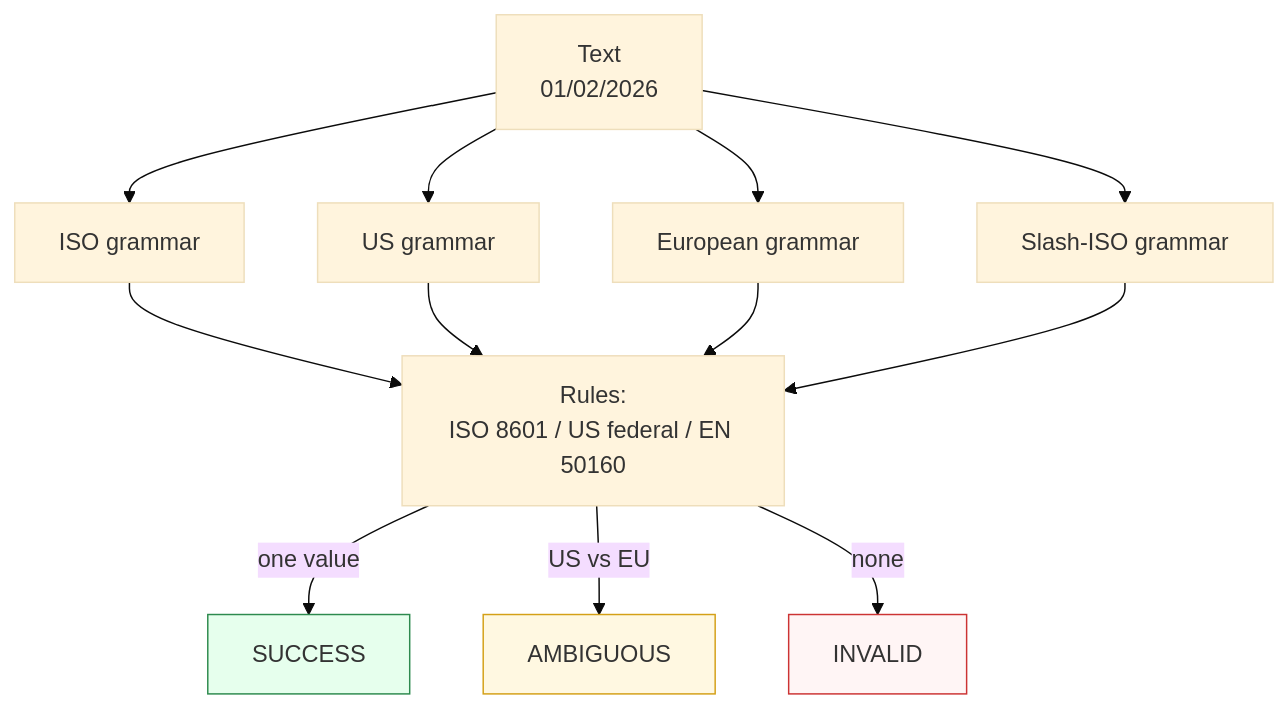
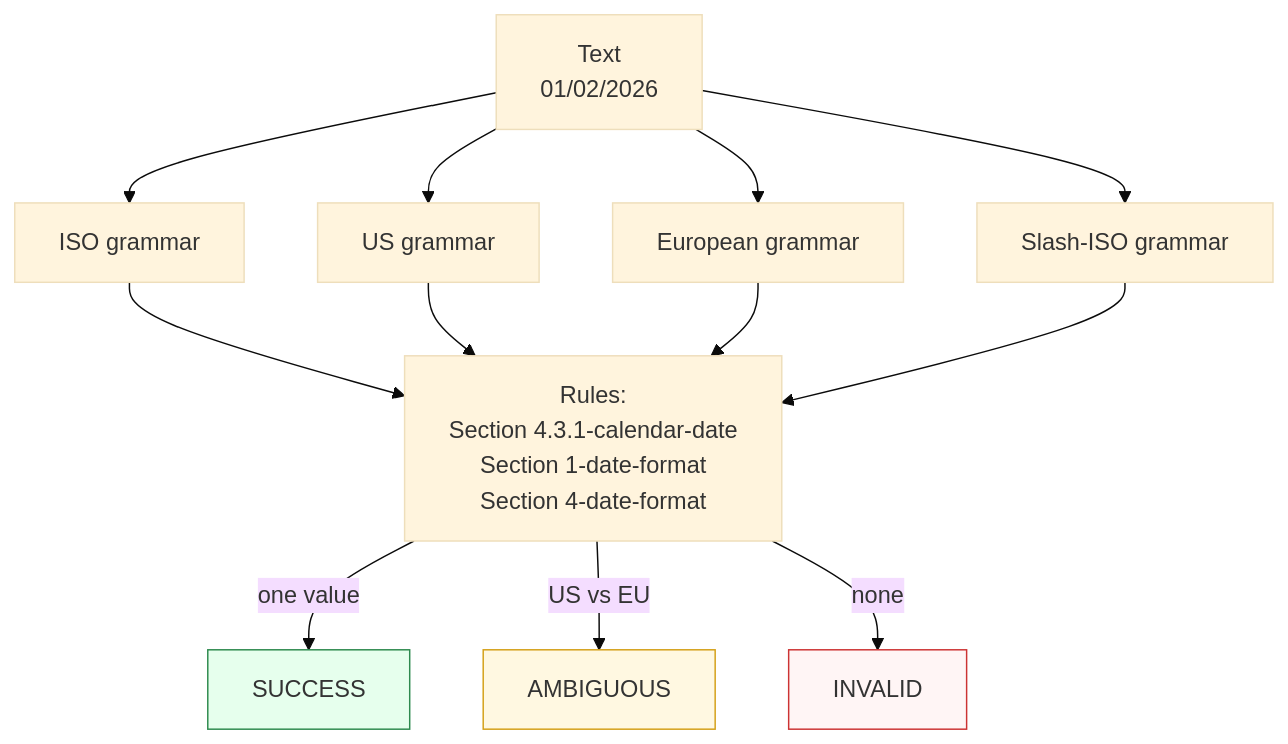
The diagram in docs/user/capabilities/date.md (azaharizaman/paxman-python), drawn with Mermaid (base theme) before and after one commit. The commit also changed other lines of this file and 11 other files, not shown here.

````diff
--- a/docs/user/capabilities/date.md
+++ b/docs/user/capabilities/date.md
@@ -72,15 +72,15 @@
 ```mermaid
 flowchart TB
     A[Text<br>01/02/2026] --> G1[ISO grammar]
     A --> G2[US grammar]
     A --> G3[European grammar]
     A --> G4[Slash-ISO grammar]
-    G1 & G2 & G3 & G4 --> R[Rules:<br>ISO 8601 / US federal / EN 50160]
+    G1 & G2 & G3 & G4 --> R[Rules:<br>Section 4.3.1-calendar-date<br>Section 1-date-format<br>Section 4-date-format]
     R -->|one value| OK[SUCCESS]
     R -->|US vs EU| AMB[AMBIGUOUS]
     R -->|none| INV[INVALID]
 
     style OK fill:#e6ffed,stroke:#2d8a4e
     style AMB fill:#fff8e1,stroke:#d4a017
     style INV fill:#fff5f5,stroke:#cc3333
 ```
````
